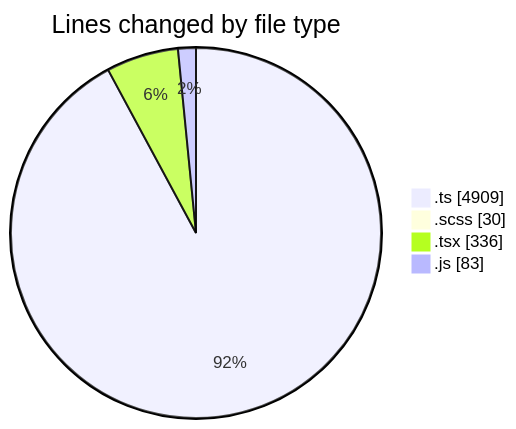
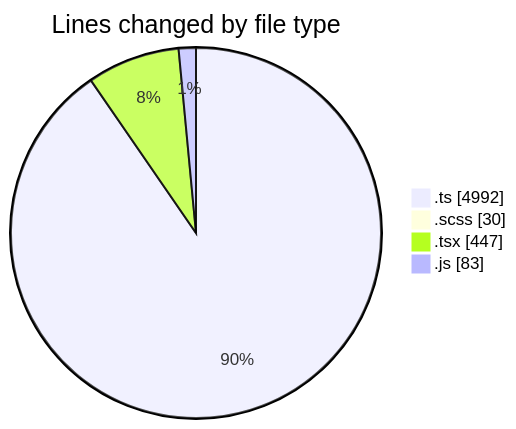
One commit to momahboobian/code-tracking changed the first of 2 diagrams in 2025-09-12/cda/README.md. Above: the diagram before and after it, drawn with Mermaid. The commit also changed other lines of this file and 1 other file, not shown here.

````diff
--- a/2025-09-12/cda/README.md
+++ b/2025-09-12/cda/README.md
@@ -28,8 +30,8 @@
 ```mermaid
 pie showData
 title Lines changed by file type
-".ts" : 4909
+".ts" : 4992
 ".scss" : 30
-".tsx" : 336
+".tsx" : 447
 ".js" : 83
 ```
````
